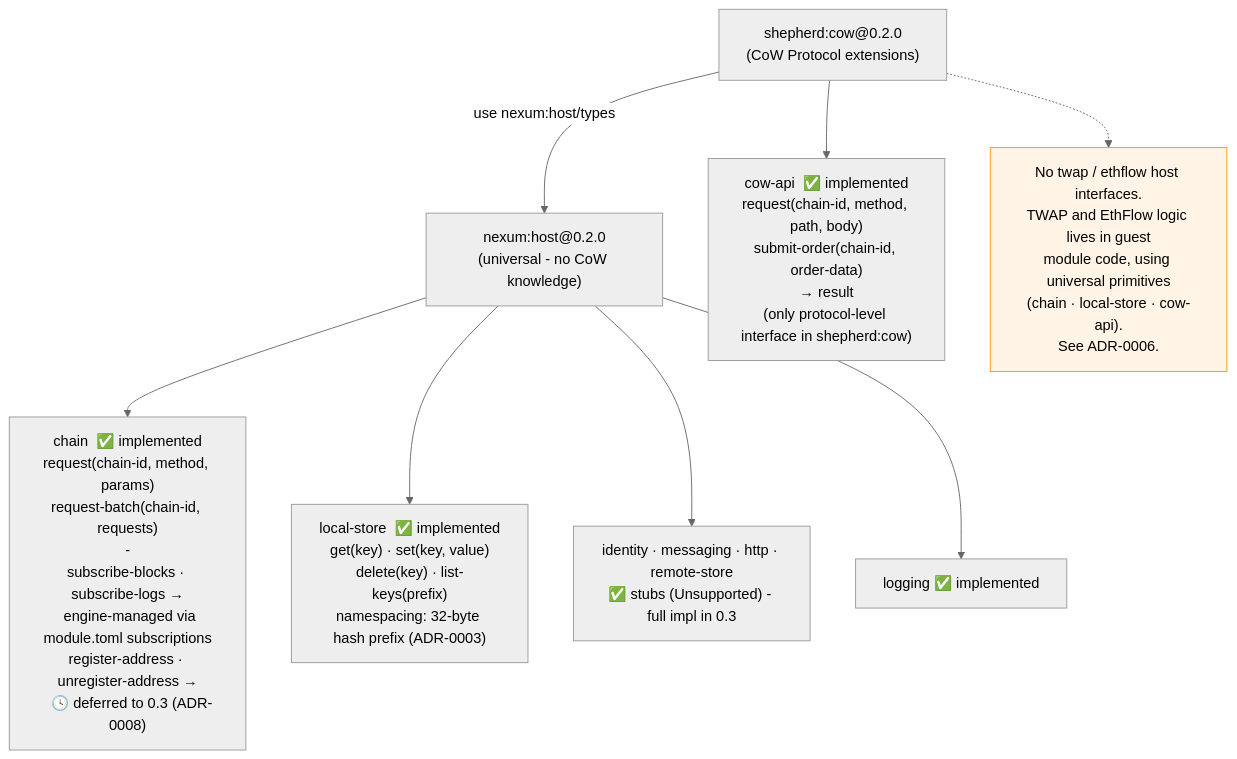
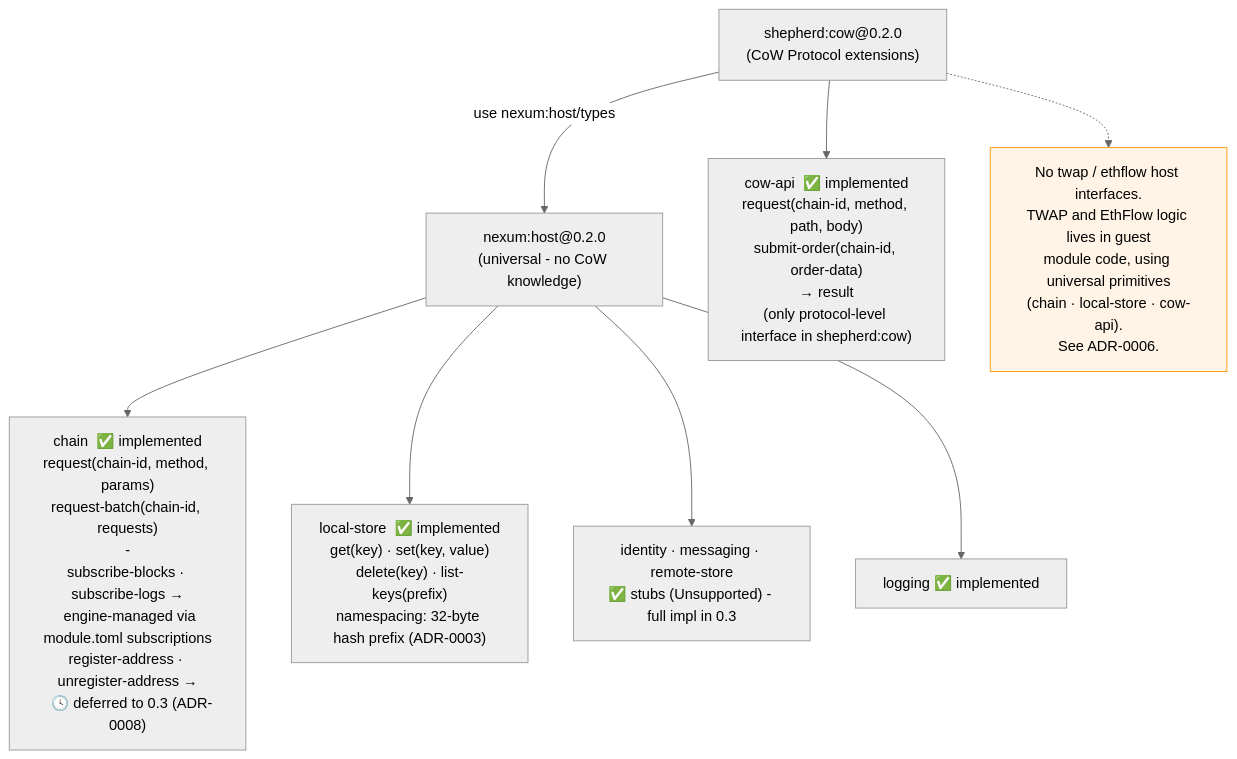
Before and after one commit to nullislabs/shepherd: the third of 8 diagrams in docs/diagrams/diagrams.md, drawn with Mermaid (neutral theme). The commit also changed other lines of this file and 10 other files, not shown here.

````diff
--- a/docs/diagrams/diagrams.md
+++ b/docs/diagrams/diagrams.md
@@ -162,18 +162,18 @@
 ```mermaid
 graph TD
     NH["nexum:host@0.2.0\n(universal - no CoW knowledge)"]
     SC["shepherd:cow@0.2.0\n(CoW Protocol extensions)"]
 
     NH --> n1["chain  ✅ implemented\nrequest(chain-id, method, params)\nrequest-batch(chain-id, requests)\n - \nsubscribe-blocks · subscribe-logs →\n  engine-managed via module.toml subscriptions\nregister-address · unregister-address →\n  🕓 deferred to 0.3 (ADR-0008)"]
     NH --> n2["local-store  ✅ implemented\nget(key) · set(key, value)\ndelete(key) · list-keys(prefix)\nnamespacing: 32-byte hash prefix (ADR-0003)"]
-    NH --> n3["identity · messaging · http · remote-store\n✅ stubs (Unsupported) - full impl in 0.3"]
+    NH --> n3["identity · messaging · remote-store\n✅ stubs (Unsupported) - full impl in 0.3"]
     NH --> n4["logging  ✅ implemented"]
 
     SC -->|"use nexum:host/types"| NH
     SC --> s1["cow-api  ✅ implemented\nrequest(chain-id, method, path, body)\nsubmit-order(chain-id, order-data)\n→ result<string, host-error>\n(only protocol-level interface in shepherd:cow)"]
 
     note1["No twap / ethflow host interfaces.\nTWAP and EthFlow logic lives in guest\nmodule code, using universal primitives\n(chain · local-store · cow-api).\nSee ADR-0006."]
     SC -.-> note1
 
     style note1 fill:#fff4e6,stroke:#ff9800,color:#000
 ```
````
